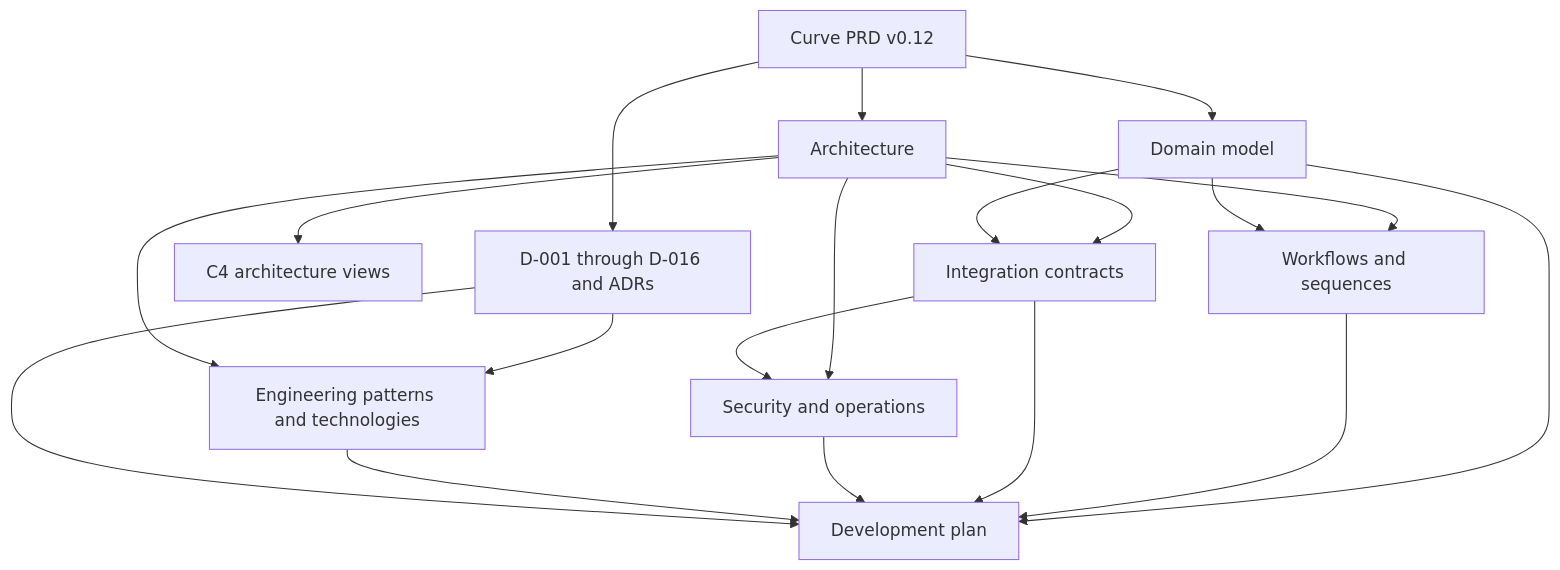
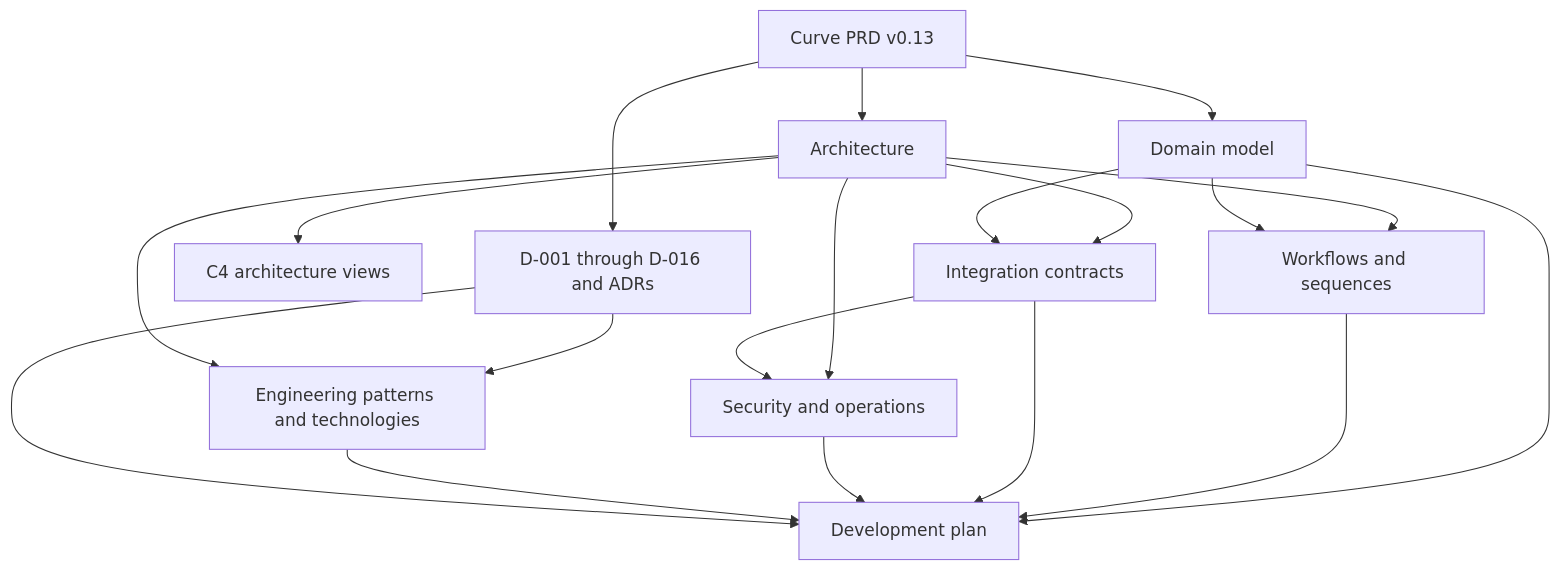
One commit to faocampo/curve changed the diagram in docs/technical/README.md. Above: the diagram before and after it, drawn with Mermaid. The commit also changed other lines of this file and 55 other files, not shown here.

````diff
--- a/docs/technical/README.md
+++ b/docs/technical/README.md
@@ -145,21 +154,21 @@
 ```mermaid
 flowchart TD
-    prd["Curve PRD v0.12"] --> decisions["D-001 through D-016 and ADRs"]
+    prd["Curve PRD v0.13"] --> decisions["D-001 through D-016 and ADRs"]
     prd --> architecture[Architecture]
     architecture --> c4["C4 architecture views"]
     prd --> domain[Domain model]
     architecture --> workflows[Workflows and sequences]
     domain --> workflows
     architecture --> integrations[Integration contracts]
     domain --> integrations
     architecture --> security[Security and operations]
     integrations --> security
     decisions --> technology["Engineering patterns and technologies"]
     architecture --> technology
     domain --> plan[Development plan]
     workflows --> plan
     integrations --> plan
     security --> plan
     technology --> plan
     decisions --> plan
 ```
````
